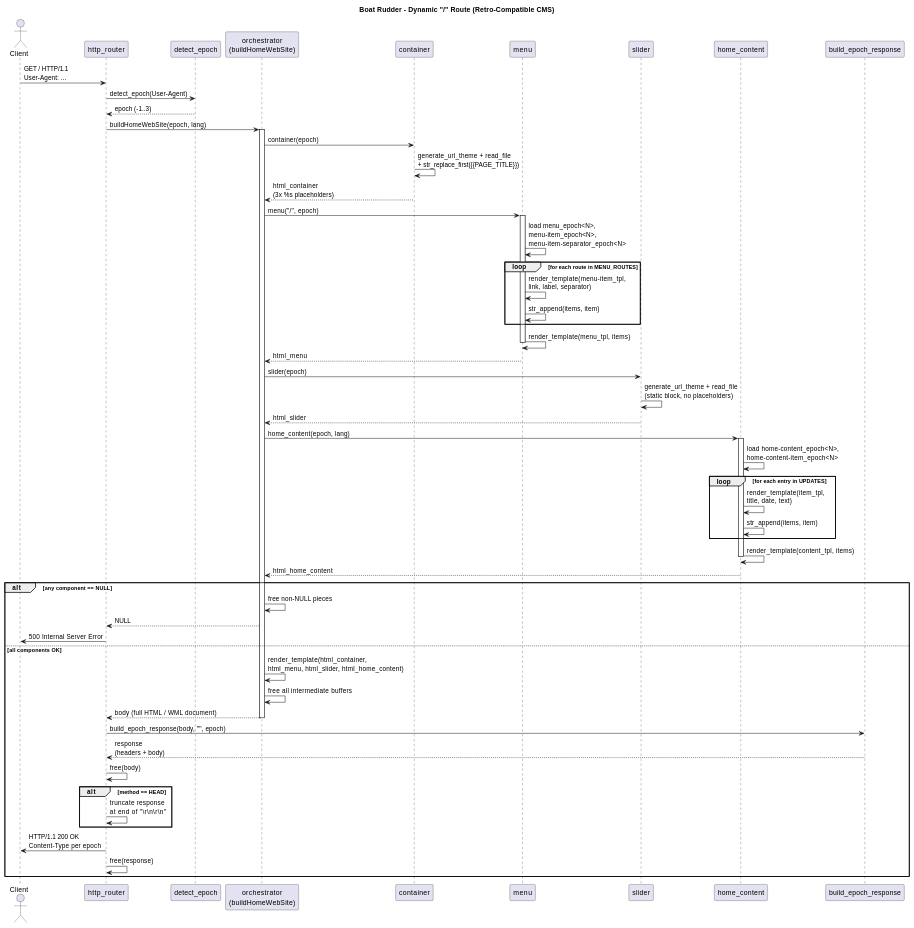
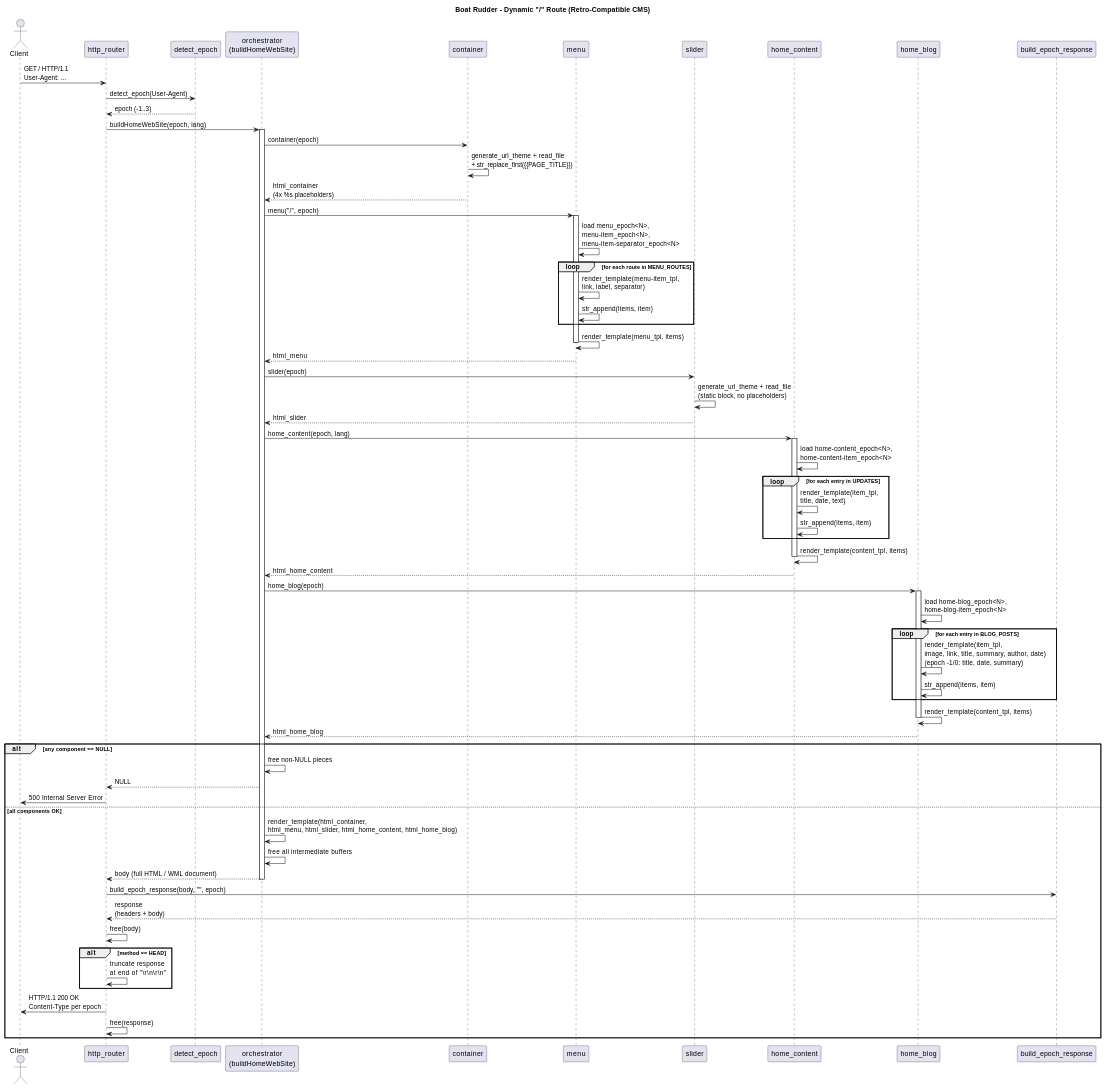
The fourth of 5 diagrams in develop_docs/boat-rudder.md (jpablotoledom/boat-rudder), drawn with PlantUML before and after one commit. The commit also changed other lines of this file and 119 other files, not shown here.

```diff
--- a/develop_docs/boat-rudder.md
+++ b/develop_docs/boat-rudder.md
@@ -401,6 +448,7 @@
 participant "menu" as MENU
 participant "slider" as SLIDER
 participant "home_content" as HOME
+participant "home_blog" as BLOG
 participant "build_epoch_response" as RESP
 
 Client -> ROUTER : GET / HTTP/1.1\nUser-Agent: ...
@@ -412,7 +460,7 @@
 
 ORCH -> CONTAINER : container(epoch)
 CONTAINER -> CONTAINER : generate_url_theme + read_file\n+ str_replace_first({{PAGE_TITLE}})
-CONTAINER --> ORCH : html_container\n(3x %s placeholders)
+CONTAINER --> ORCH : html_container\n(4x %s placeholders)
 
 ORCH -> MENU : menu("/", epoch)
 activate MENU
@@ -440,12 +488,23 @@
 deactivate HOME
 HOME --> ORCH : html_home_content
 
+ORCH -> BLOG : home_blog(epoch)
+activate BLOG
+BLOG -> BLOG : load home-blog_epoch<N>,\nhome-blog-item_epoch<N>
+loop for each entry in BLOG_POSTS
+  BLOG -> BLOG : render_template(item_tpl,\nimage, link, title, summary, author, date)\n(epoch -1/0: title, date, summary)
+  BLOG -> BLOG : str_append(items, item)
+end
+BLOG -> BLOG : render_template(content_tpl, items)
+deactivate BLOG
+BLOG --> ORCH : html_home_blog
+
 alt any component == NULL
   ORCH -> ORCH : free non-NULL pieces
   ORCH --> ROUTER : NULL
   ROUTER -> Client : 500 Internal Server Error
 else all components OK
-  ORCH -> ORCH : render_template(html_container,\nhtml_menu, html_slider, html_home_content)
+  ORCH -> ORCH : render_template(html_container,\nhtml_menu, html_slider, html_home_content, html_home_blog)
   ORCH -> ORCH : free all intermediate buffers
   ORCH --> ROUTER : body (full HTML / WML document)
   deactivate ORCH
```
